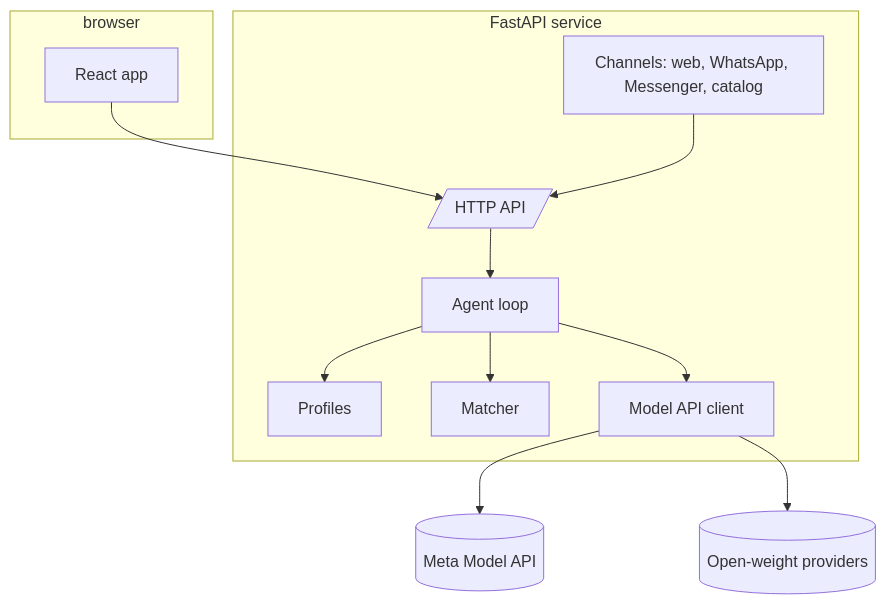
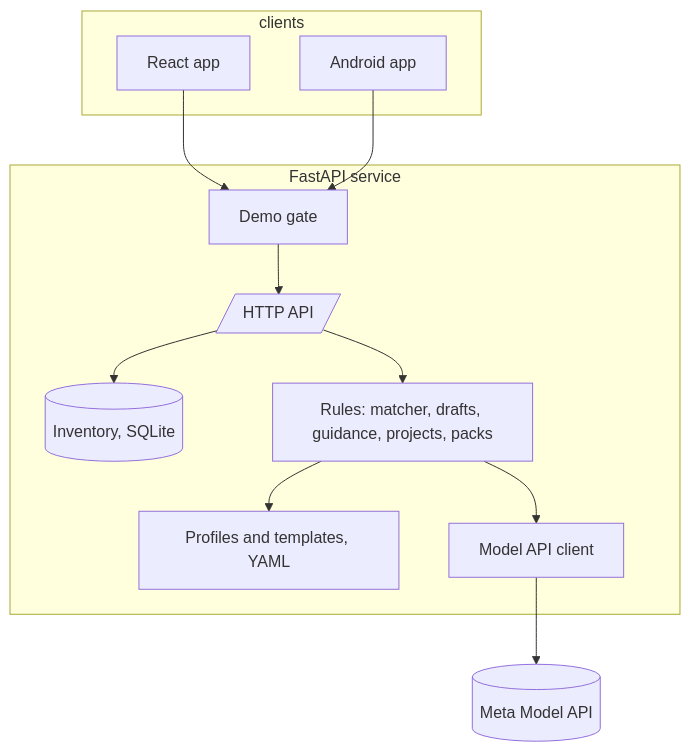
The second of 2 diagrams in docs/development/architecture.md (nikolareljin/orphan-parts), drawn with Mermaid before and after one commit. The commit also changed other lines of this file and 25 other files, not shown here.

````diff
--- a/docs/development/architecture.md
+++ b/docs/development/architecture.md
@@ -21,22 +19,23 @@
 ```mermaid
 flowchart TB
-    subgraph browser
+    subgraph clients
         UI[React app]
+        APP[Android app]
     end
     subgraph backend[FastAPI service]
+        GATE[Demo gate]
         API[/HTTP API/]
-        AG[Agent loop]
-        PR[Profiles]
-        MT[Matcher]
+        INV[(Inventory, SQLite)]
+        PR[Profiles and templates, YAML]
+        RULES[Rules: matcher, drafts, guidance, projects, packs]
         CL[Model API client]
-        CH[Channels: web, WhatsApp, Messenger, catalog]
     end
-    UI --> API
-    API --> AG
-    AG --> PR
-    AG --> MT
-    AG --> CL
+    UI --> GATE
+    APP --> GATE
+    GATE --> API
+    API --> INV
+    API --> RULES
+    RULES --> PR
+    RULES --> CL
     CL --> META[(Meta Model API)]
-    CL --> OW[(Open-weight providers)]
-    CH --> API
 ```
````
